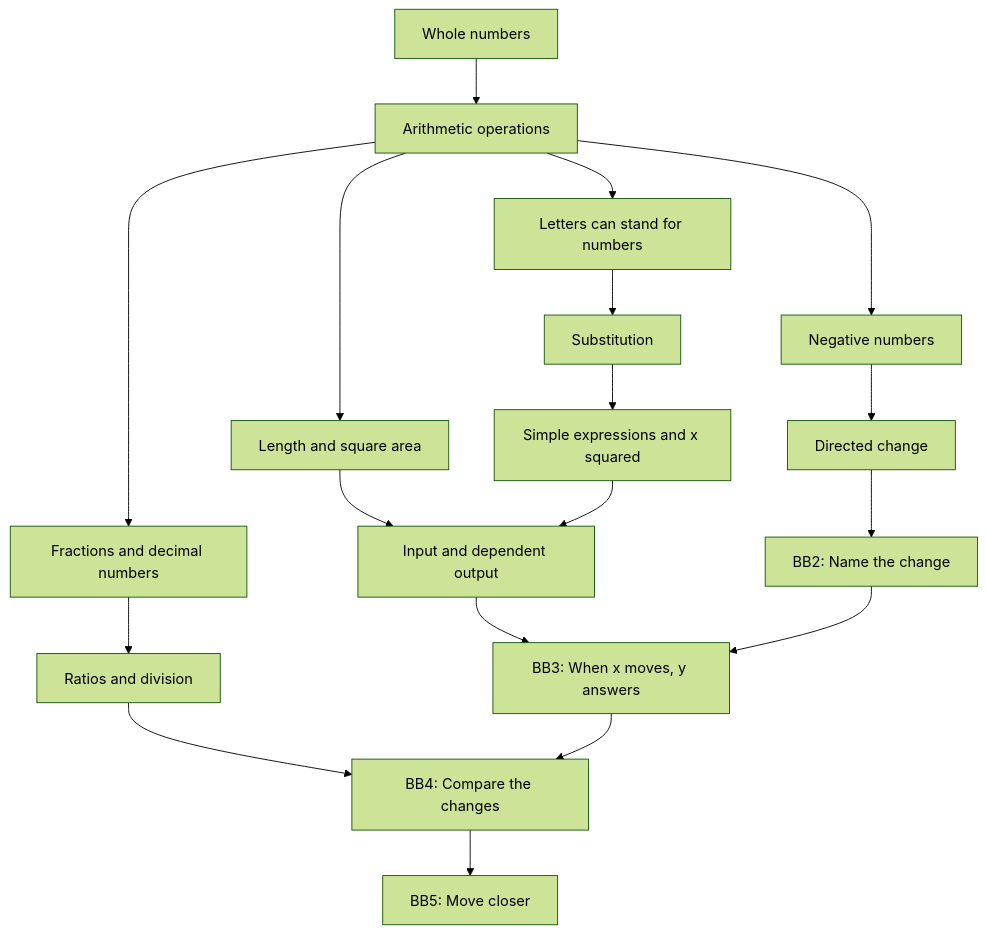
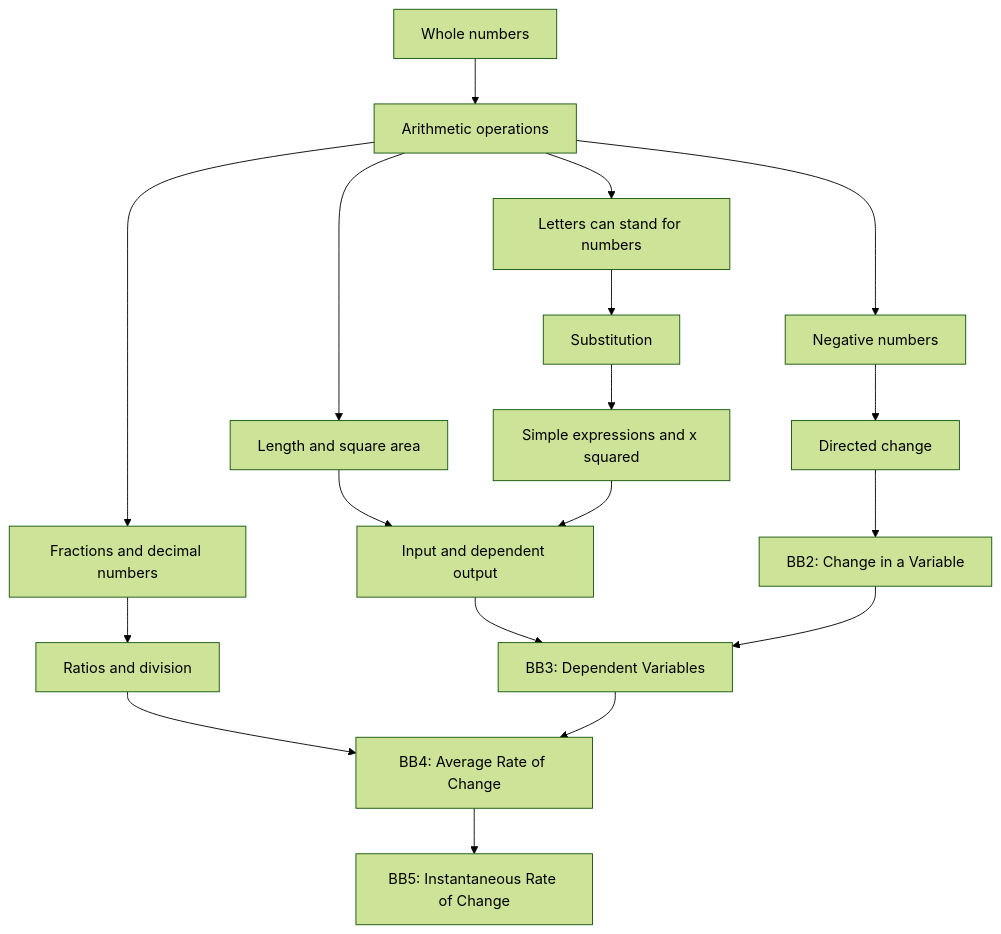
The diagram in curriculum/01-PREREQUISITE-MAP.md (alisid0/QUBIX_UNI-), drawn with Mermaid (forest theme) before and after one commit. The commit also changed other lines of this file and 14 other files, not shown here.

````diff
--- a/curriculum/01-PREREQUISITE-MAP.md
+++ b/curriculum/01-PREREQUISITE-MAP.md
@@ -9,20 +9,20 @@
 ```mermaid
 flowchart TD
   N0[Whole numbers] --> N1[Arithmetic operations]
   N1 --> N2[Negative numbers]
   N1 --> N3[Fractions and decimal numbers]
   N1 --> G0[Length and square area]
   N1 --> A0[Letters can stand for numbers]
   A0 --> A1[Substitution]
   A1 --> A2[Simple expressions and x squared]
   N2 --> C0[Directed change]
   N3 --> R0[Ratios and division]
   G0 --> F0[Input and dependent output]
   A2 --> F0
-  C0 --> B2[BB2: Name the change]
-  F0 --> B3[BB3: When x moves, y answers]
-  R0 --> B4[BB4: Compare the changes]
+  C0 --> B2[BB2: Change in a Variable]
+  F0 --> B3[BB3: Dependent Variables]
+  R0 --> B4[BB4: Average Rate of Change]
   B2 --> B3
   B3 --> B4
-  B4 --> B5[BB5: Move closer]
+  B4 --> B5[BB5: Instantaneous Rate of Change]
 ```
````
